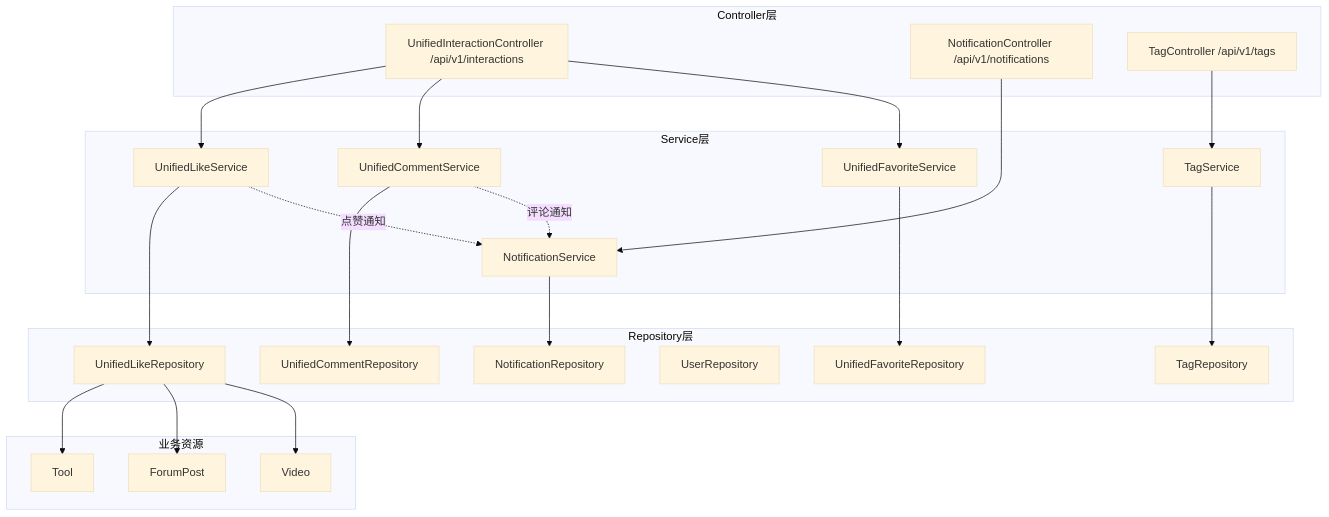
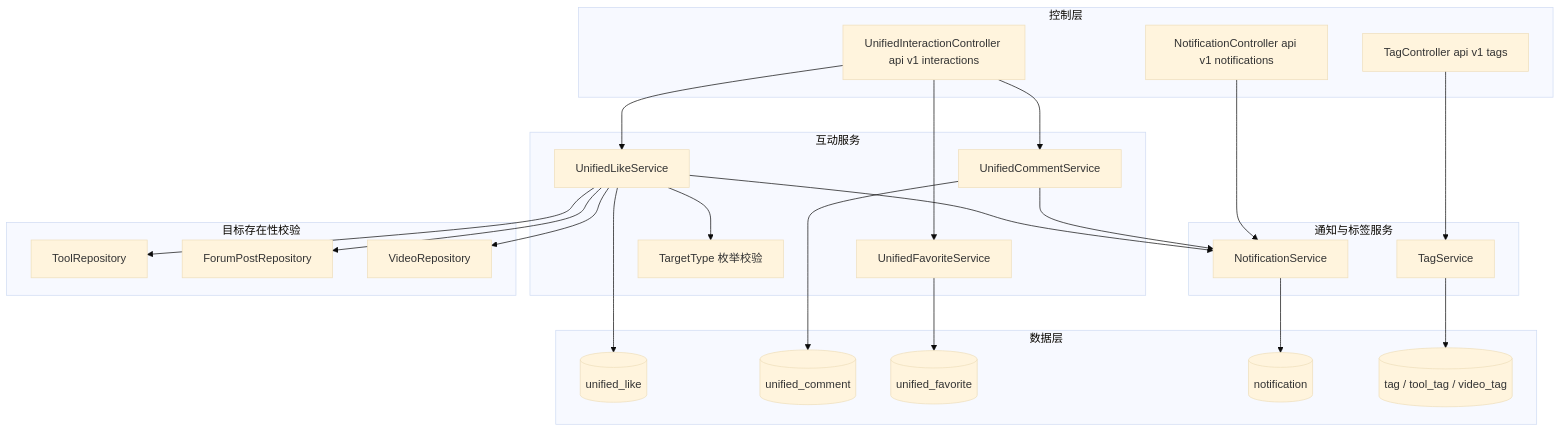
The first of 2 diagrams in repowiki/wiki/modules/统一互动与通知.md (mambo-wang/CodingHub), drawn with Mermaid (base theme) before and after one commit. The commit also changed other lines of this file and 59 other files, not shown here.

````diff
--- a/repowiki/wiki/modules/统一互动与通知.md
+++ b/repowiki/wiki/modules/统一互动与通知.md
@@ -26,38 +22,46 @@
 ```mermaid
 graph TD
-    subgraph "Controller层"
-        UIC[UnifiedInteractionController /api/v1/interactions]
-        NC[NotificationController /api/v1/notifications]
-        TC[TagController /api/v1/tags]
+    subgraph "控制层"
+        UIC[UnifiedInteractionController api v1 interactions]
+        NC[NotificationController api v1 notifications]
+        TC[TagController api v1 tags]
     end
-    subgraph "Service层"
+    subgraph "互动服务"
         ULS[UnifiedLikeService]
         UCS[UnifiedCommentService]
         UFS[UnifiedFavoriteService]
+        TT[TargetType 枚举校验]
+    end
+    subgraph "通知与标签服务"
         NS[NotificationService]
         TS[TagService]
     end
-    subgraph "Repository层"
-        ULR[UnifiedLikeRepository]
-        UCR[UnifiedCommentRepository]
-        UFR[UnifiedFavoriteRepository]
-        UR[UserRepository]
-        NR[NotificationRepository]
-        TR[TagRepository]
+    subgraph "数据层"
+        ULR[(unified_like)]
+        UCR[(unified_comment)]
+        UFR[(unified_favorite)]
+        NR[(notification)]
+        TR[(tag / tool_tag / video_tag)]
     end
-    subgraph "业务资源"
-        T[Tool]
-        FP[ForumPost]
-        V[Video]
+    subgraph "目标存在性校验"
+        ToolRepo[ToolRepository]
+        PostRepo[ForumPostRepository]
+        VideoRepo[VideoRepository]
     end
-    UIC --> ULS & UCS & UFS
-    NC --> NS
-    TC --> TS
-    ULS --> ULR --> T & FP & V
+    UIC --> ULS
+    UIC --> UCS
+    UIC --> UFS
+    ULS --> TT
+    ULS --> ULR
     UCS --> UCR
     UFS --> UFR
+    ULS --> ToolRepo
+    ULS --> PostRepo
+    ULS --> VideoRepo
+    ULS --> NS
+    UCS --> NS
+    NC --> NS
     NS --> NR
+    TC --> TS
     TS --> TR
-    ULS -.点赞通知.-> NS
-    UCS -.评论通知.-> NS
 ```
````
